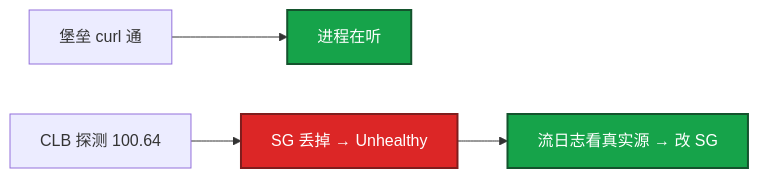
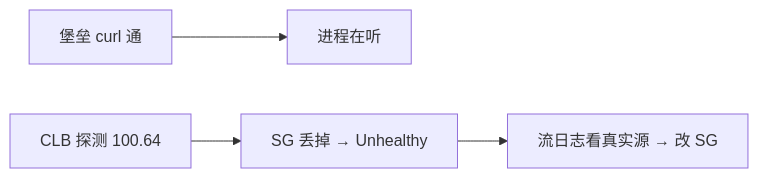
Before and after one commit to ml-cuizijun/LearnToLilith: the second of 6 diagrams in 06-云平台/08-火山引擎生产/练习题.md, drawn with Mermaid. The commit also changed other lines of this file and 470 other files, not shown here.

````diff
--- a/06-云平台/08-火山引擎生产/练习题.md
+++ b/06-云平台/08-火山引擎生产/练习题.md
@@ -89,10 +88,6 @@
 ```mermaid
 flowchart LR
-    A[堡垒 curl 通] --> B[进程在听]
-    C[CLB 探测 100.64] --> D[SG 丢掉 → Unhealthy]
-    D --> E[流日志看真实源 → 改 SG]
-    classDef o fill:#16A34A,stroke:#14532D,stroke-width:2px,color:#fff
-    classDef x fill:#DC2626,stroke:#7F1D1D,stroke-width:2px,color:#fff
-    class B,E o
-    class D x
+    A["堡垒 curl 通"] --> B["进程在听"]
+    C["CLB 探测 100.64"] --> D["SG 丢掉 → Unhealthy"]
+    D --> E["流日志看真实源 → 改 SG"]
 ```
````
